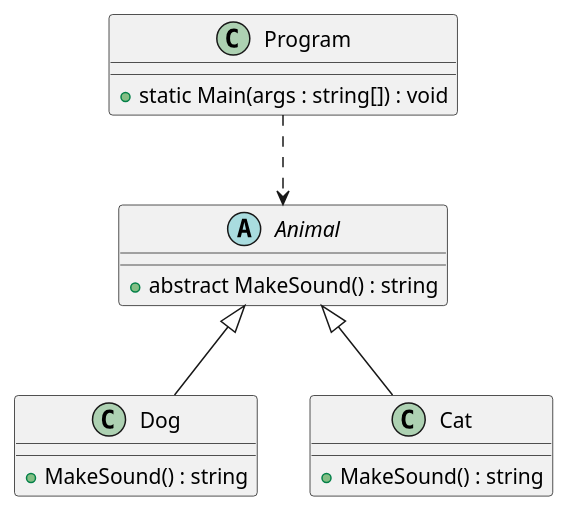
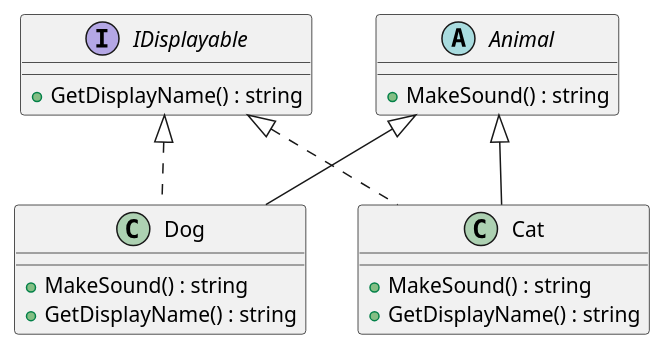
The diagram in cs236-in-class/main/animal-sounds.puml (oop-jccc/cs236-in-class), drawn with PlantUML before and after one commit. The commit also changed 8 other files, not shown here.

Commit message:
Add IDisplayable interface and refactor Animal classes

```diff
--- a/cs236-in-class/main/animal-sounds.puml
+++ b/cs236-in-class/main/animal-sounds.puml
@@ -1,23 +1,26 @@
 @startuml
 
+interface IDisplayable {
+    +GetDisplayName() : string
+}
+
 abstract class Animal {
-  + abstract MakeSound() : string
+    +MakeSound() : string
 }
 
 class Dog {
-  + MakeSound() : string
+    +MakeSound() : string
+    +GetDisplayName() : string
 }
 
 class Cat {
-  + MakeSound() : string
-}
-
-class Program {
-  + static Main(args : string[]) : void
+    +MakeSound() : string
+    +GetDisplayName() : string
 }
 
 Animal <|-- Dog
 Animal <|-- Cat
-Program ..> Animal
+IDisplayable <|.. Dog
+IDisplayable <|.. Cat
 
 @enduml
```
